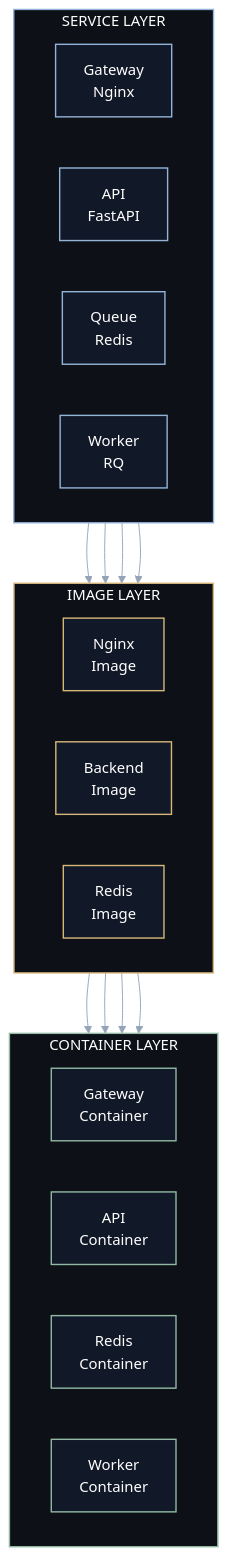
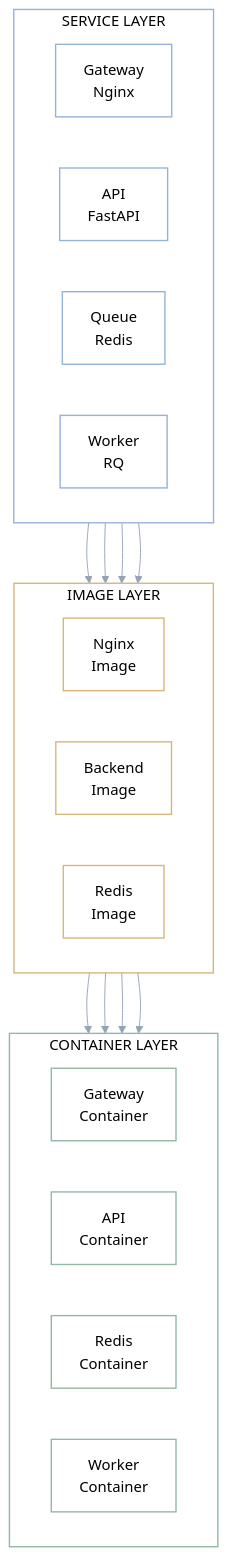
The third of 3 diagrams in README.md (TranKiet146/docflow_SOA_Seminar), drawn with Mermaid before and after one commit. The commit also changed other lines of this file, not shown here.

Commit message:
add theme for diagram

````diff
--- a/README.md
+++ b/README.md
@@ -460,49 +461,49 @@
 ```mermaid
-%%{init: {"theme": "default", "themeVariables": {"fontFamily": "Arial", "fontSize": "16px", "primaryTextColor": "#000000", "lineColor": "#94A3B8"}, "flowchart": {"htmlLabels": true, "nodeSpacing": 55, "rankSpacing": 65, "useMaxWidth": true}}}%%
+%%{init: {"theme": "base", "themeVariables": {"background": "#FFFFFF", "primaryColor": "#FFFFFF", "primaryTextColor": "#000000", "primaryBorderColor": "#CBD5E1", "lineColor": "#94A3B8", "fontFamily": "Arial", "fontSize": "16px"}, "flowchart": {"htmlLabels": true, "nodeSpacing": 55, "rankSpacing": 65, "useMaxWidth": true}}}%%
 flowchart TB
     subgraph SL["SERVICE LAYER"]
         direction LR
         S1["Gateway<br/>Nginx"]
         S2["API<br/>FastAPI"]
         S3["Queue<br/>Redis"]
         S4["Worker<br/>RQ"]
     end
 
     subgraph IL["IMAGE LAYER"]
         direction LR
         I1["Nginx<br/>Image"]
         I2["Backend<br/>Image"]
         I3["Redis<br/>Image"]
     end
 
     subgraph CL["CONTAINER LAYER"]
         direction LR
         C1["Gateway<br/>Container"]
         C2["API<br/>Container"]
         C3["Redis<br/>Container"]
         C4["Worker<br/>Container"]
     end
 
     S1 --> I1
     S2 --> I2
     S3 --> I3
     S4 --> I2
 
     I1 --> C1
     I2 --> C2
     I2 --> C4
     I3 --> C3
 
-    classDef default fill:#111827,stroke:#CBD5E1,stroke-width:1px,color:#FFFFFF
-    classDef service fill:#111827,stroke:#93B4D8,stroke-width:1.5px,color:#FFFFFF
-    classDef image fill:#111827,stroke:#D6B77A,stroke-width:1.5px,color:#FFFFFF
-    classDef container fill:#111827,stroke:#91B9A3,stroke-width:1.5px,color:#FFFFFF
+    classDef default fill:#FFFFFF,stroke:#CBD5E1,stroke-width:1px,color:#000000
+    classDef service fill:#FFFFFF,stroke:#93B4D8,stroke-width:1.5px,color:#000000
+    classDef image fill:#FFFFFF,stroke:#D6B77A,stroke-width:1.5px,color:#000000
+    classDef container fill:#FFFFFF,stroke:#91B9A3,stroke-width:1.5px,color:#000000
 
     class S1,S2,S3,S4 service
     class I1,I2,I3 image
     class C1,C2,C3,C4 container
 
-    style SL fill:#0D1117,stroke:#93B4D8,stroke-width:1.5px,color:#FFFFFF
-    style IL fill:#0D1117,stroke:#D6B77A,stroke-width:1.5px,color:#FFFFFF
-    style CL fill:#0D1117,stroke:#91B9A3,stroke-width:1.5px,color:#FFFFFF
+    style SL fill:#FFFFFF,stroke:#93B4D8,stroke-width:1.5px,color:#000000
+    style IL fill:#FFFFFF,stroke:#D6B77A,stroke-width:1.5px,color:#000000
+    style CL fill:#FFFFFF,stroke:#91B9A3,stroke-width:1.5px,color:#000000
 ```
````
